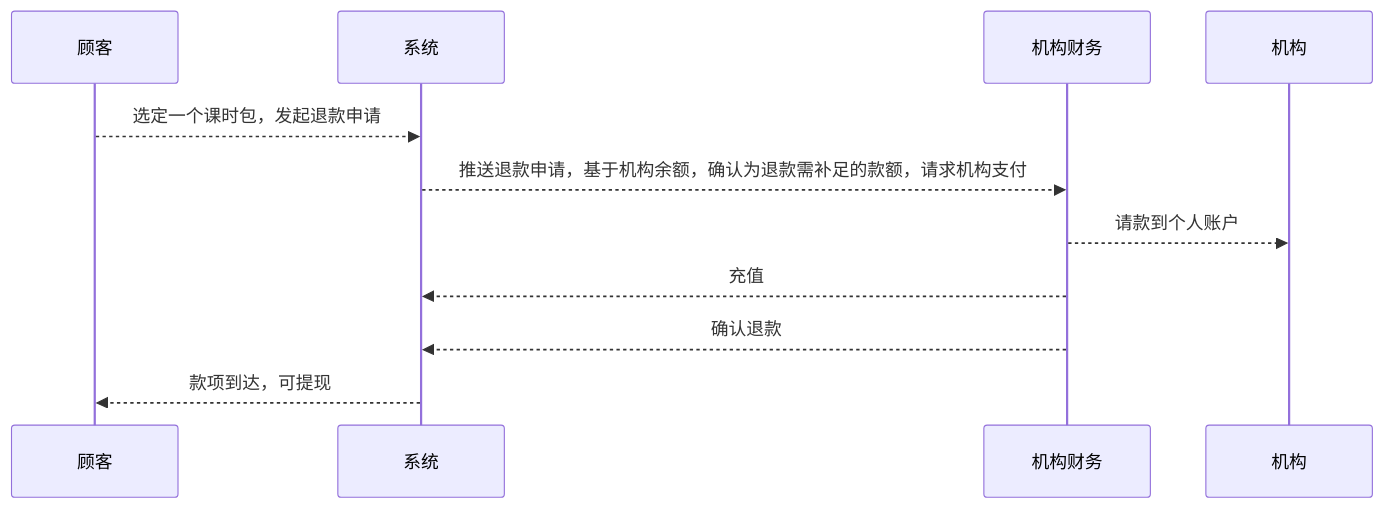
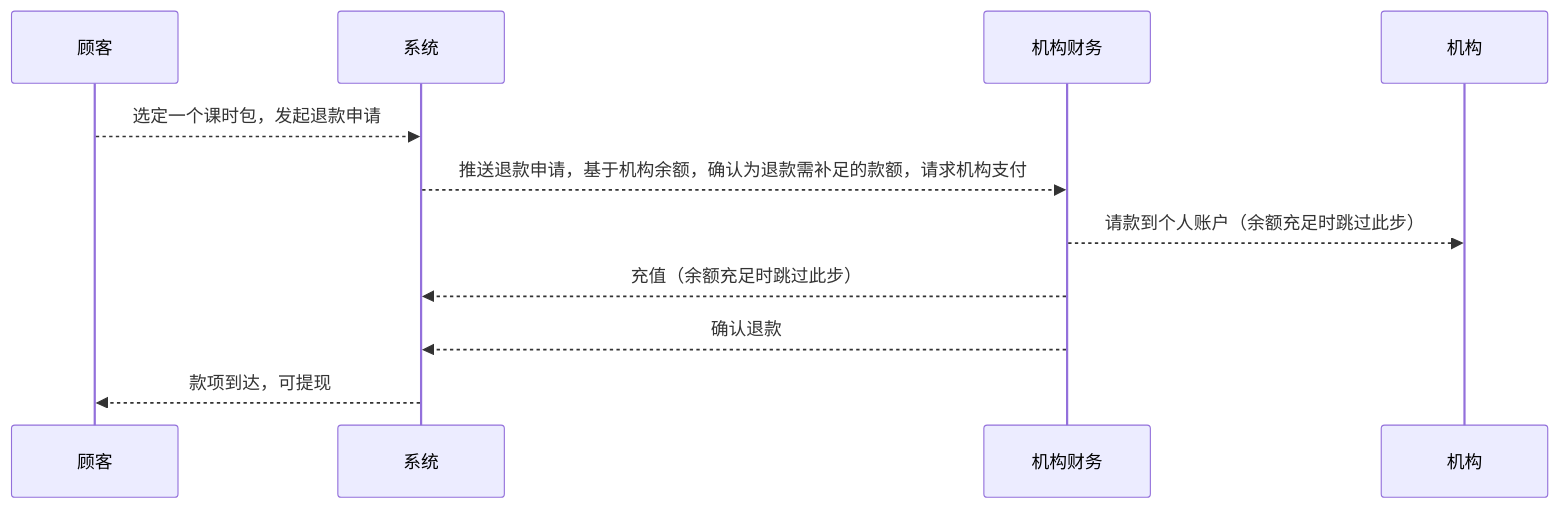
The diagram in 模块/课时包/用例/退课时包.md (world-wide-web/sign), drawn with Mermaid before and after one commit. The commit also changed other lines of this file, not shown here.

Commit message:
模块/课时包/用例/退课时包.md updated from https://stackedit.io/

````diff
--- a/模块/课时包/用例/退课时包.md
+++ b/模块/课时包/用例/退课时包.md
@@ -10,15 +10,15 @@
 	```mermaid
 	sequenceDiagram
 
 	顾客-->>系统: 选定一个课时包，发起退款申请
 
 	系统-->>机构财务: 推送退款申请，基于机构余额，确认为退款需补足的款额，请求机构支付
 
-	机构财务-->>机构: 请款到个人账户
+	机构财务-->>机构: 请款到个人账户（余额充足时跳过此步）
 	
-	机构财务-->>系统: 充值
+	机构财务-->>系统: 充值（余额充足时跳过此步）
 	
 	机构财务-->>系统: 确认退款
 
 	系统-->>顾客: 款项到达，可提现
 	```
````
